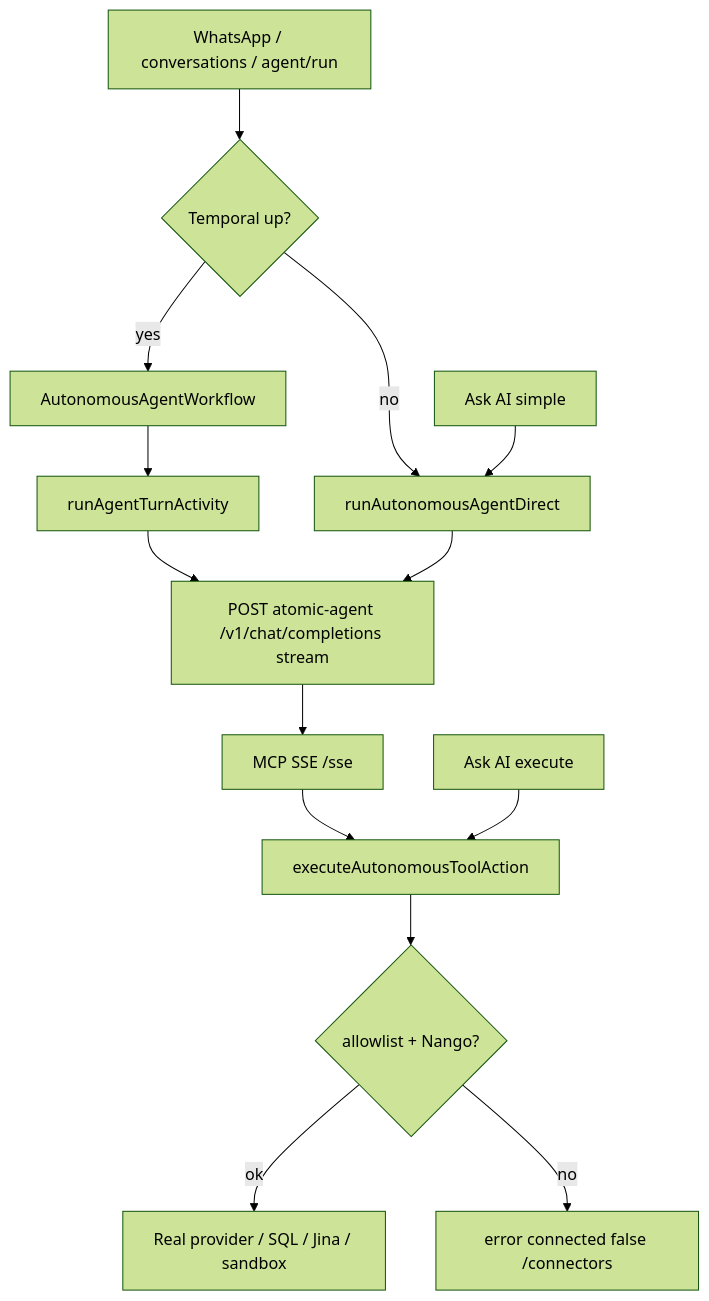
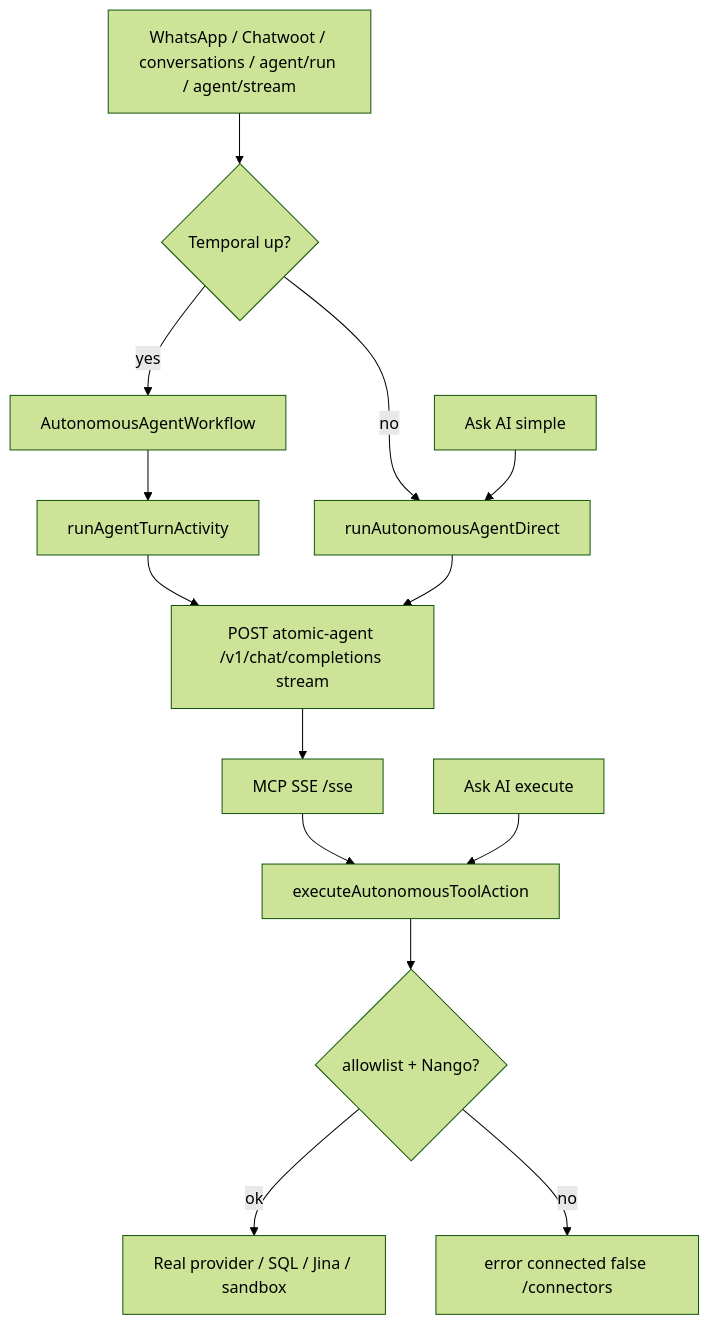
The seventh of 10 diagrams in docs/current-working/02-architecture-diagrams.md (Siddhantdamre/Agentic-OS), drawn with Mermaid (forest theme) before and after one commit. The commit also changed other lines of this file and 134 other files, not shown here.

````diff
--- a/docs/current-working/02-architecture-diagrams.md
+++ b/docs/current-working/02-architecture-diagrams.md
@@ -141,16 +141,16 @@
 ```mermaid
 flowchart TD
-  Callers["WhatsApp / conversations / agent/run"] --> TryT{"Temporal up?"}
+  Callers["WhatsApp / Chatwoot / conversations / agent/run / agent/stream"] --> TryT{"Temporal up?"}
   TryT -->|yes| WF["AutonomousAgentWorkflow"]
   WF --> ACT["runAgentTurnActivity"]
   TryT -->|no| DIR["runAutonomousAgentDirect"]
   AskAI["Ask AI simple"] --> DIR
   ACT --> AA["POST atomic-agent /v1/chat/completions stream"]
   DIR --> AA
   AA --> MCP["MCP SSE /sse"]
   MCP --> EX["executeAutonomousToolAction"]
   EX --> AL{"allowlist + Nango?"}
   AL -->|ok| API["Real provider / SQL / Jina / sandbox"]
   AL -->|no| ERR["error connected false /connectors"]
   PlanEx["Ask AI execute"] --> EX
 ```
````
